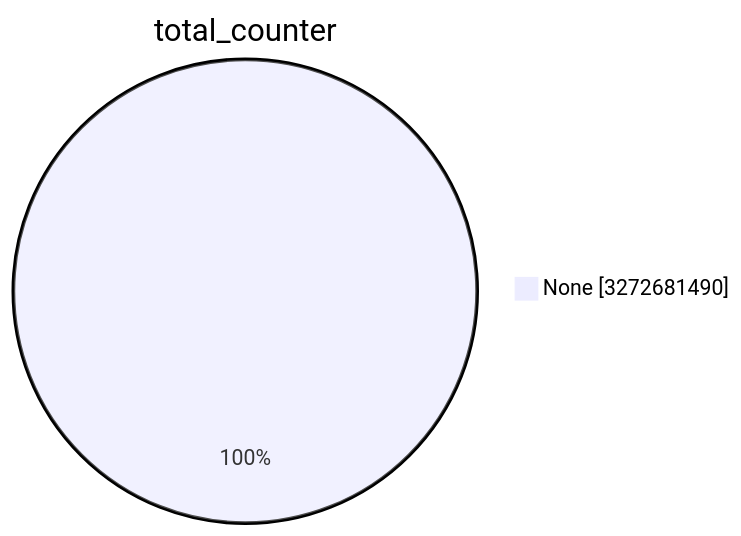
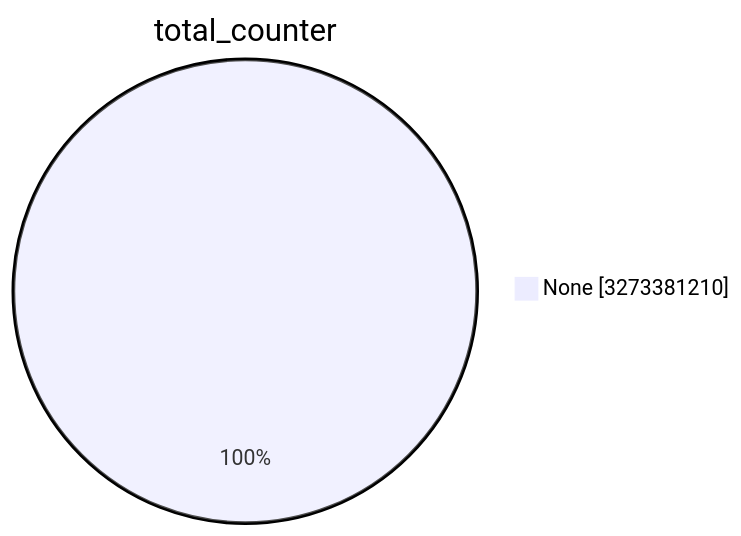
Before and after one commit to christiankrug/ctmonitor_visualization: the first of 15 diagrams in TOTAL/README.md, drawn with Mermaid. The commit also changed other lines of this file, not shown here.

````diff
--- a/TOTAL/README.md
+++ b/TOTAL/README.md
@@ -1,5 +1,5 @@
 ```mermaid
 pie showData
 title total_counter
-"None" :3272681490
+"None" :3273381210
 ```
````
